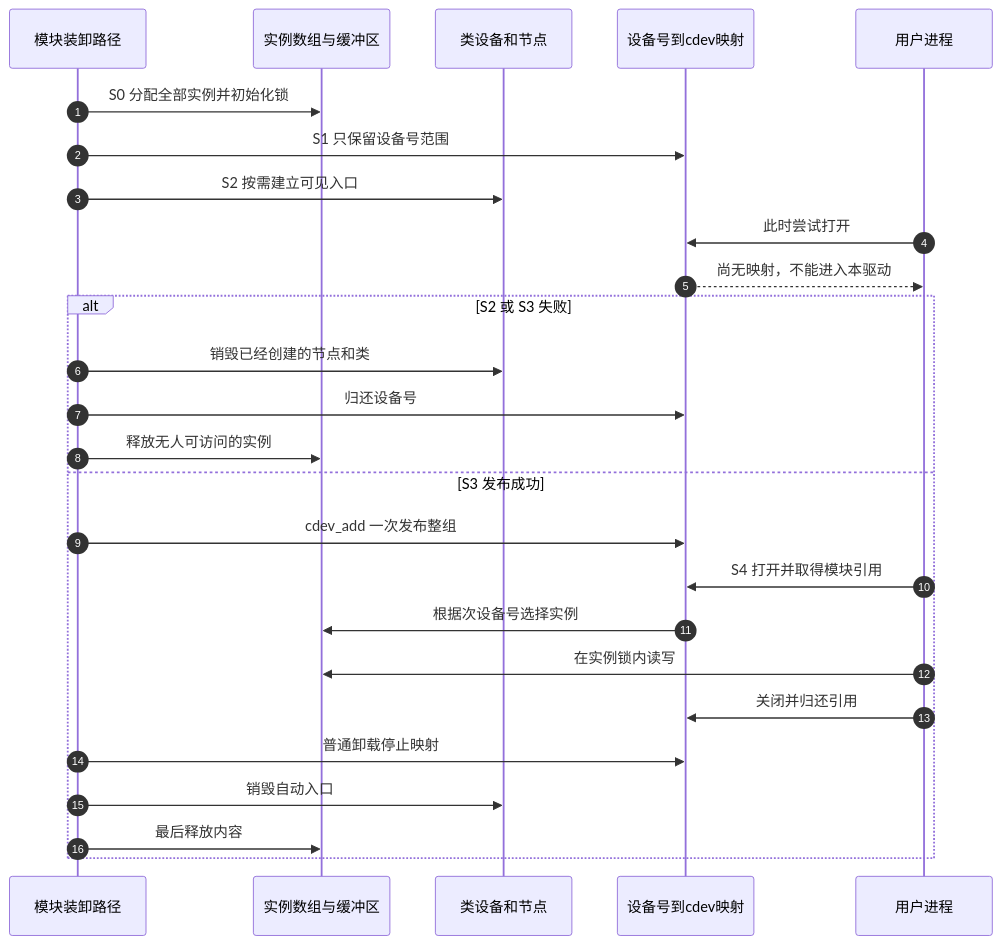
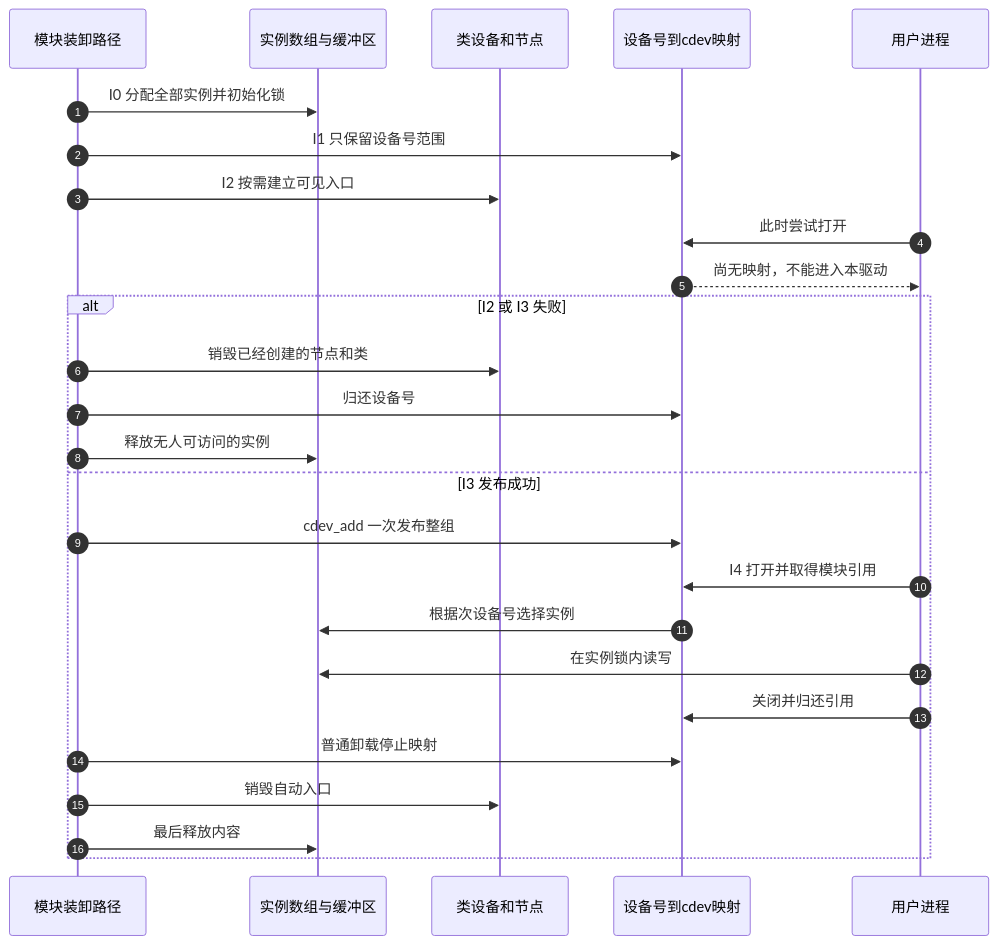
The second of 2 diagrams in knowledge/driver_model/character_device/P10_字符设备驱动模板.md (FormingSystem/linux_note), drawn with Mermaid before and after one commit. The commit also changed other lines of this file and 3 other files, not shown here.

````diff
--- a/knowledge/driver_model/character_device/P10_字符设备驱动模板.md
+++ b/knowledge/driver_model/character_device/P10_字符设备驱动模板.md
@@ -45,28 +45,28 @@
 ```mermaid
 sequenceDiagram
     autonumber
     participant I as 模块装卸路径
     participant M as 实例数组与缓冲区
     participant N as 类设备和节点
     participant C as 设备号到cdev映射
     participant U as 用户进程
-    I->>M: S0 分配全部实例并初始化锁
-    I->>C: S1 只保留设备号范围
-    I->>N: S2 按需建立可见入口
+    I->>M: I0 分配全部实例并初始化锁
+    I->>C: I1 只保留设备号范围
+    I->>N: I2 按需建立可见入口
     U->>C: 此时尝试打开
     C-->>U: 尚无映射，不能进入本驱动
-    alt S2 或 S3 失败
+    alt I2 或 I3 失败
         I->>N: 销毁已经创建的节点和类
         I->>C: 归还设备号
         I->>M: 释放无人可访问的实例
-    else S3 发布成功
+    else I3 发布成功
         I->>C: cdev_add 一次发布整组
-        U->>C: S4 打开并取得模块引用
+        U->>C: I4 打开并取得模块引用
         C->>M: 根据次设备号选择实例
         U->>M: 在实例锁内读写
         U->>C: 关闭并归还引用
         I->>C: 普通卸载停止映射
         I->>N: 销毁自动入口
         I->>M: 最后释放内容
     end
 ```
````
